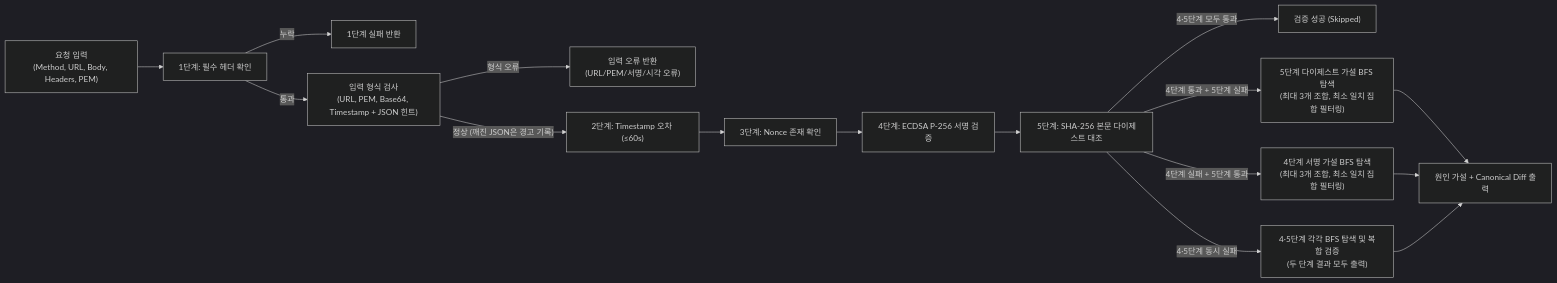
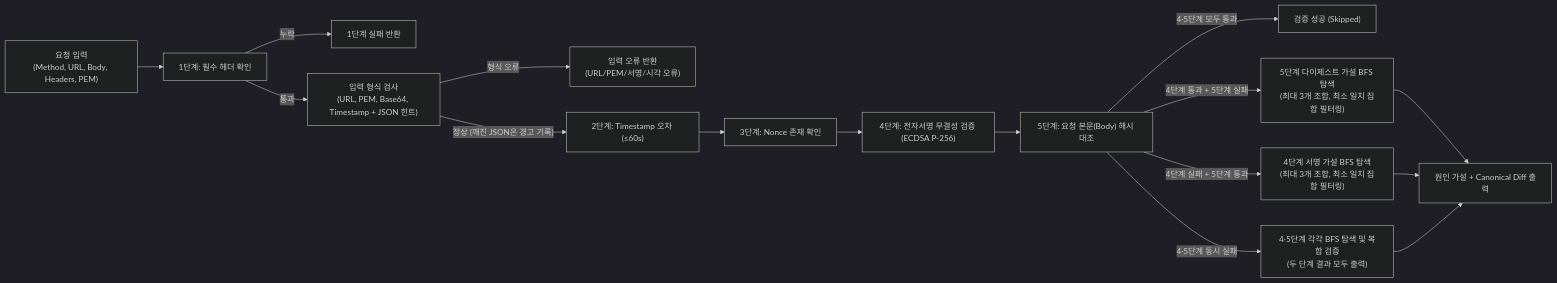
The second of 2 diagrams in README.md (altdmfk/pop-diagnoser), drawn with Mermaid (dark theme) before and after one commit. The commit also changed other lines of this file and 1 other file, not shown here.

````diff
--- a/README.md
+++ b/README.md
@@ -140,18 +140,18 @@
 ```mermaid
 flowchart LR
     Input["요청 입력<br/>(Method, URL, Body, Headers, PEM)"] --> S1["1단계: 필수 헤더 확인"]
     S1 -- "누락" --> Out1["1단계 실패 반환"]
     S1 -- "통과" --> Parse["입력 형식 검사<br/>(URL, PEM, Base64, Timestamp + JSON 힌트)"]
     Parse -- "형식 오류" --> Err["입력 오류 반환<br/>(URL/PEM/서명/시각 오류)"]
     Parse -- "정상 (깨진 JSON은 경고 기록)" --> S2["2단계: Timestamp 오차 (≤60s)"]
     S2 --> S3["3단계: Nonce 존재 확인"]
-    S3 --> S4["4단계: ECDSA P-256 서명 검증"]
-    S4 --> S5["5단계: SHA-256 본문 다이제스트 대조"]
+    S3 --> S4["4단계: 전자서명 무결성 검증 (ECDSA P-256)"]
+    S4 --> S5["5단계: 요청 본문(Body) 해시 대조"]
     S5 -- "4·5단계 모두 통과" --> Pass["검증 성공 (Skipped)"]
     S5 -- "4단계 통과 + 5단계 실패" --> H5["5단계 다이제스트 가설 BFS 탐색<br/>(최대 3개 조합, 최소 일치 집합 필터링)"]
     S5 -- "4단계 실패 + 5단계 통과" --> H4["4단계 서명 가설 BFS 탐색<br/>(최대 3개 조합, 최소 일치 집합 필터링)"]
     S5 -- "4·5단계 동시 실패" --> H45["4·5단계 각각 BFS 탐색 및 복합 검증<br/>(두 단계 결과 모두 출력)"]
     H5 --> Diff["원인 가설 + Canonical Diff 출력"]
     H4 --> Diff
     H45 --> Diff
 ```
````
